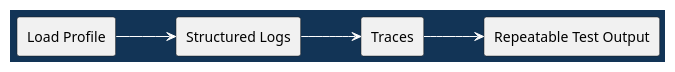
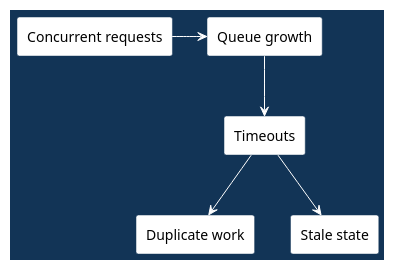
The sixth of 11 diagrams in doc/lectures/week12/load_testing/README.slides.adoc (madajaju/CS5254), drawn with PlantUML before and after one commit. The commit also changed other lines of this file and 47 other files, not shown here.

```diff
--- a/doc/lectures/week12/load_testing/README.slides.adoc
+++ b/doc/lectures/week12/load_testing/README.slides.adoc
@@ -66,28 +140,27 @@
-[plantuml,width=100%]
+[plantuml, width=100%]
 ----
 @startuml
 skinparam shadowing false
-skinparam backgroundColor #123456
-skinparam defaultFontColor black
+skinparam BackgroundColor #123456
+skinparam DefaultFontColor black
 skinparam ArrowColor white
 skinparam ArrowFontColor #ffd166
 skinparam ArrowFontStyle bold
 skinparam ArrowFontSize 16
-skinparam BoxBackgroundColor white
-skinparam BoxFontColor black
 skinparam BorderColor #123456
-skinparam ParticipantBorderColor #123456
-skinparam ParticipantBackgroundColor white
-skinparam ParticipantFontColor black
-skinparam LifeLineBorderColor white
-skinparam LifeLineBackgroundColor white
-left to right direction
-rectangle "Load Profile" as L
-rectangle "Structured Logs" as S
-rectangle "Traces" as T
-rectangle "Repeatable Test Output" as R
-L --> S
-S --> T
-T --> R
+skinparam rectangle {
+  BackgroundColor white
+  BorderColor #123456
+  FontColor black
+}
+rectangle "Concurrent requests" as Q
+rectangle "Queue growth" as G
+rectangle "Timeouts" as T
+rectangle "Duplicate work" as D
+rectangle "Stale state" as S
+Q -> G
+G --> T
+T --> D
+T --> S
 @enduml
 ----
```
